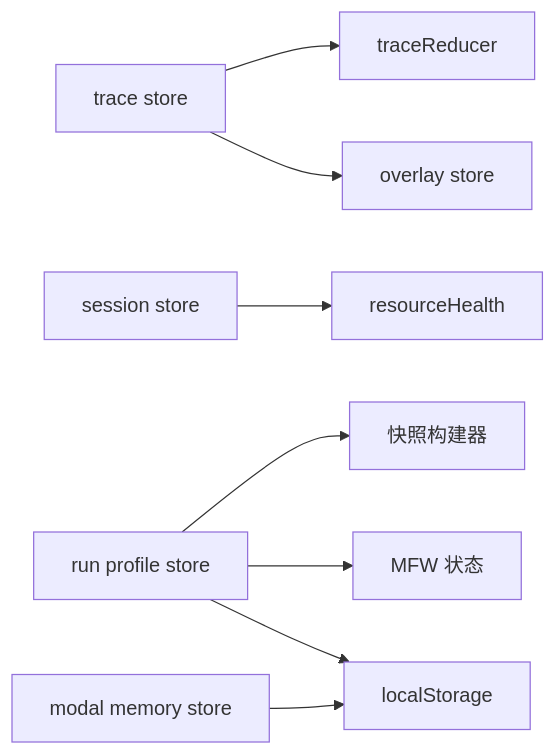
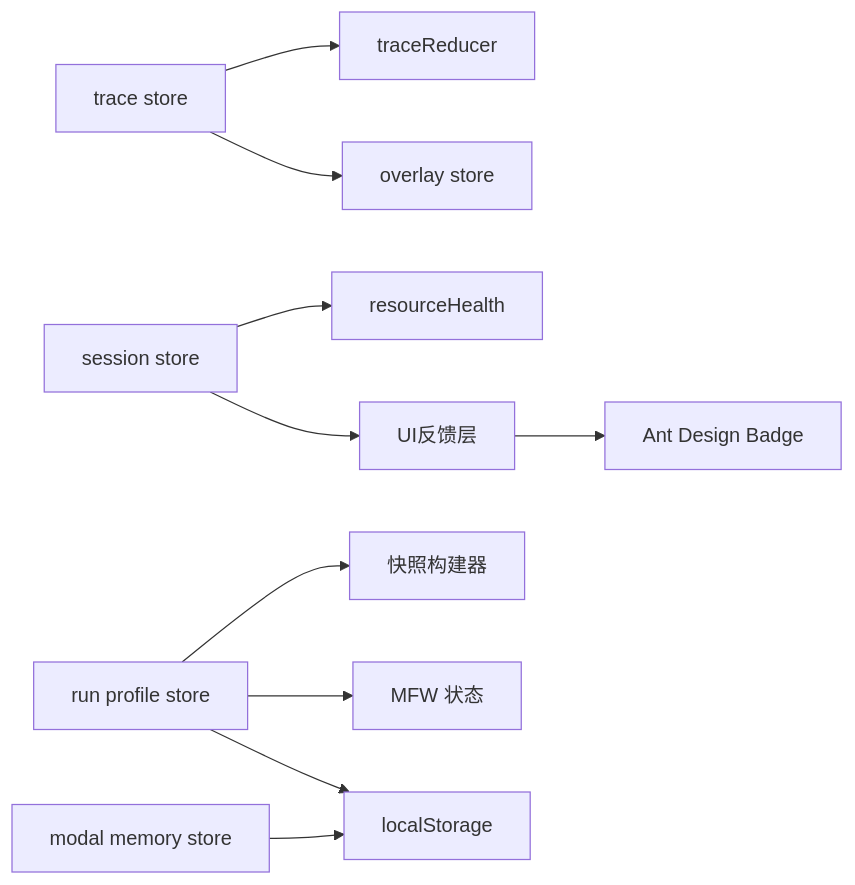
Before and after one commit to kqcoxn/MaaPipelineEditor: diagram 13 of 13 in .qoder/repowiki/zh/content/前端架构/状态管理系统/调试状态管理.md, drawn with Mermaid. The commit also changed other lines of this file and 19 other files, not shown here.

````diff
--- a/.qoder/repowiki/zh/content/前端架构/状态管理系统/调试状态管理.md
+++ b/.qoder/repowiki/zh/content/前端架构/状态管理系统/调试状态管理.md
@@ -470,10 +541,12 @@
 ```mermaid
 graph LR
 Trace["trace store"] --> Reducer["traceReducer"]
 Session["session store"] --> Health["resourceHealth"]
 Trace --> Overlay["overlay store"]
 RunProfile["run profile store"] --> Snapshot["快照构建器"]
 RunProfile --> MFW["MFW 状态"]
 ModalMem["modal memory store"] --> LS["localStorage"]
 RunProfile --> LS
+Session --> UI["UI反馈层"]
+UI --> Badge["Ant Design Badge"]
 ```
````
